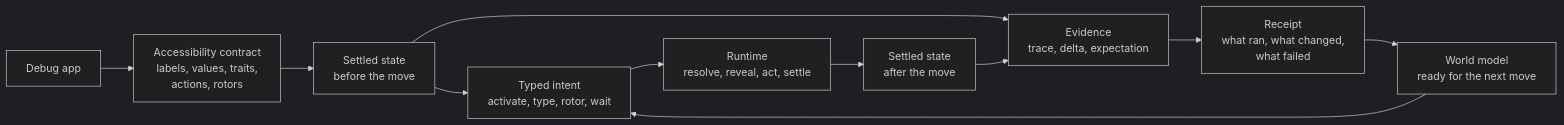
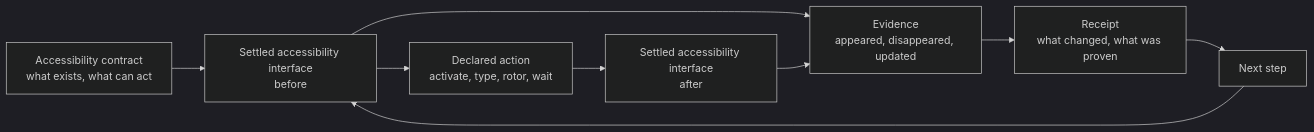
The diagram in README.md (RoyalPineapple/TheButtonHeist), drawn with Mermaid (dark theme) before and after one commit. The commit also changed other lines of this file and 40 other files, not shown here.

Commit message:
[codex] Rewrite README around accessibility contract (#1212)

````diff
--- a/README.md
+++ b/README.md
@@ -55,23 +109,19 @@
 ```mermaid
 flowchart LR
-    App["Debug app"]
-    AX["Accessibility contract<br/>labels, values, traits,<br/>actions, rotors"]
-    Before["Settled state<br/>before the move"]
-    Intent["Typed intent<br/>activate, type, rotor, wait"]
-    Runtime["Runtime<br/>resolve, reveal, act, settle"]
-    After["Settled state<br/>after the move"]
-    Evidence["Evidence<br/>trace, delta, expectation"]
-    Receipt["Receipt<br/>what ran, what changed,<br/>what failed"]
-    Model["World model<br/>ready for the next move"]
+    Contract["Accessibility contract<br/>what exists, what can act"]
+    Before["Settled accessibility interface<br/>before"]
+    Action["Declared action<br/>activate, type, rotor, wait"]
+    After["Settled accessibility interface<br/>after"]
+    Evidence["Evidence<br/>appeared, disappeared, updated"]
+    Receipt["Receipt<br/>what changed, what was proven"]
+    Next["Next step"]
 
-    App --> AX
-    AX --> Before
-    Before --> Intent
-    Intent --> Runtime
-    Runtime --> After
+    Contract --> Before
+    Before --> Action
+    Action --> After
     Before --> Evidence
     After --> Evidence
     Evidence --> Receipt
-    Receipt --> Model
-    Model --> Intent
+    Receipt --> Next
+    Next --> Before
 ```
````
